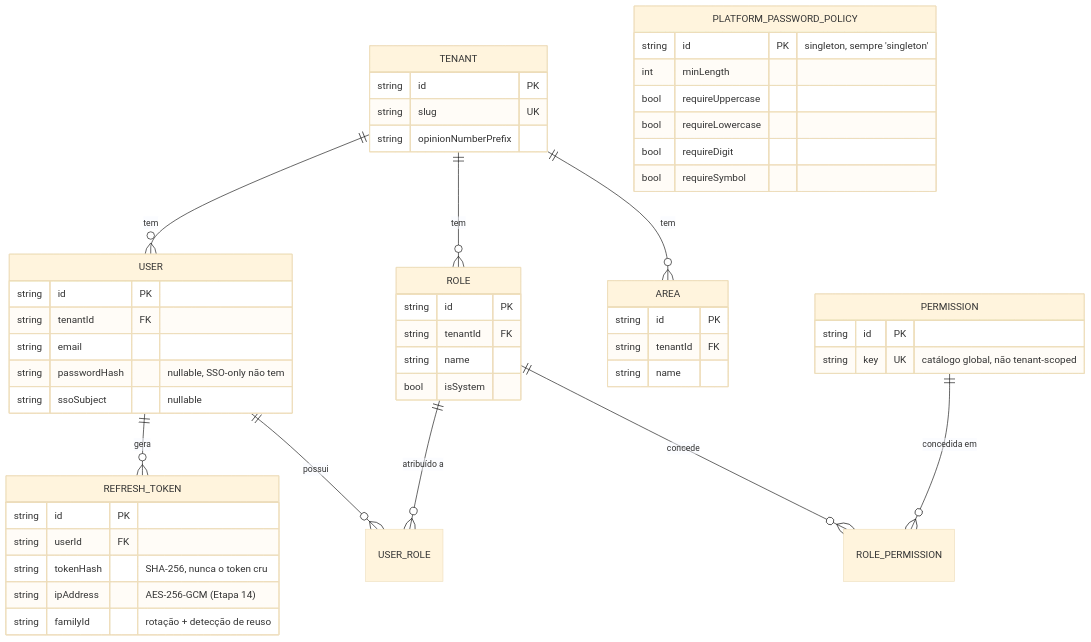
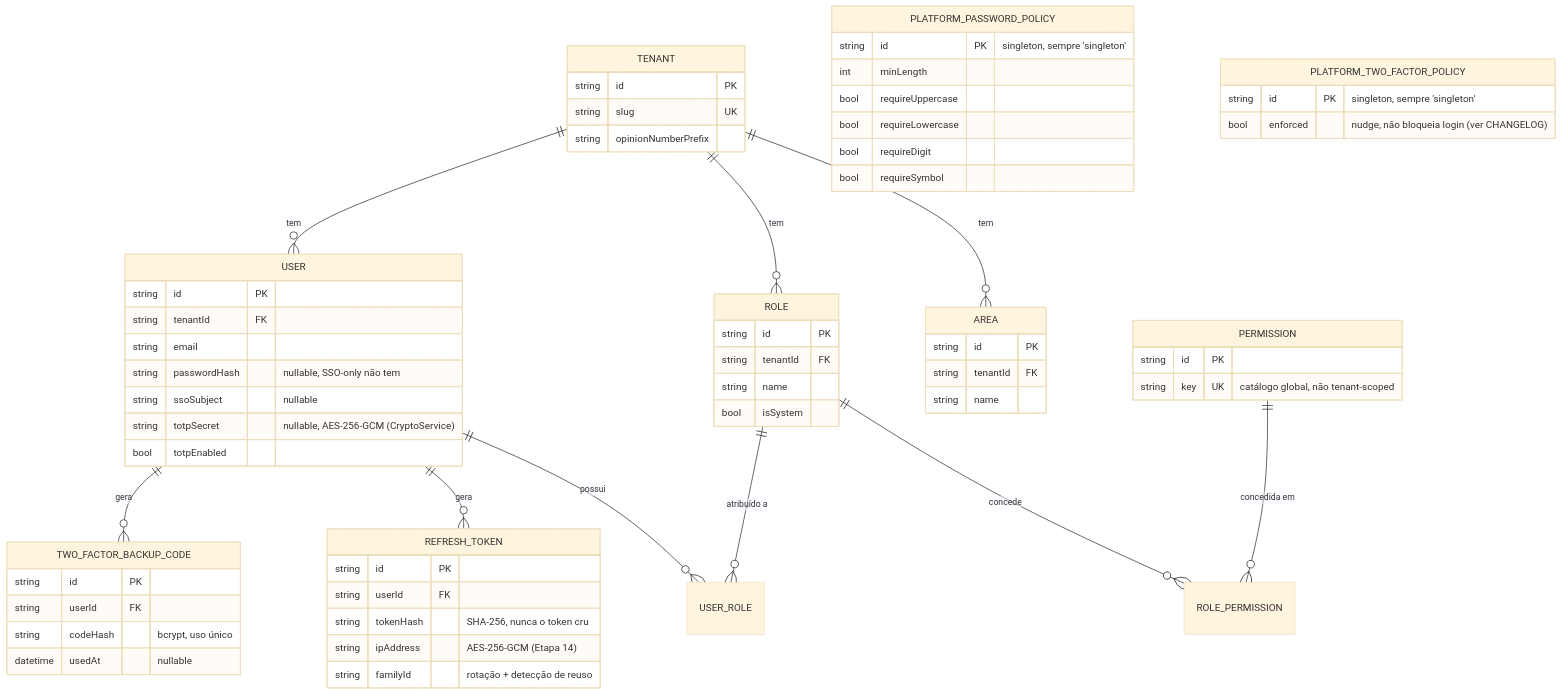
The first of 7 diagrams in docs/architecture.md (domcabral9/morpheus-beta), drawn with Mermaid (base theme) before and after one commit. The commit also changed other lines of this file and 6 other files, not shown here.

First line of the commit message:
feat(auth): 2FA (TOTP) - Fase 1: schema + config

````diff
--- a/docs/architecture.md
+++ b/docs/architecture.md
@@ -17,54 +17,67 @@
 ```mermaid
 erDiagram
     TENANT ||--o{ AREA : tem
     TENANT ||--o{ ROLE : tem
     TENANT ||--o{ USER : tem
     ROLE ||--o{ ROLE_PERMISSION : concede
     PERMISSION ||--o{ ROLE_PERMISSION : "concedida em"
     USER ||--o{ USER_ROLE : possui
     ROLE ||--o{ USER_ROLE : "atribuído a"
     USER ||--o{ REFRESH_TOKEN : gera
+    USER ||--o{ TWO_FACTOR_BACKUP_CODE : gera
 
     TENANT {
         string id PK
         string slug UK
         string opinionNumberPrefix
     }
     AREA {
         string id PK
         string tenantId FK
         string name
     }
     PERMISSION {
         string id PK
         string key UK "catálogo global, não tenant-scoped"
     }
     ROLE {
         string id PK
         string tenantId FK
         string name
         bool isSystem
     }
     USER {
         string id PK
         string tenantId FK
         string email
         string passwordHash "nullable, SSO-only não tem"
         string ssoSubject "nullable"
+        string totpSecret "nullable, AES-256-GCM (CryptoService)"
+        bool totpEnabled
     }
     REFRESH_TOKEN {
         string id PK
         string userId FK
         string tokenHash "SHA-256, nunca o token cru"
         string ipAddress "AES-256-GCM (Etapa 14)"
         string familyId "rotação + detecção de reuso"
+    }
+    TWO_FACTOR_BACKUP_CODE {
+        string id PK
+        string userId FK
+        string codeHash "bcrypt, uso único"
+        datetime usedAt "nullable"
     }
     PLATFORM_PASSWORD_POLICY {
         string id PK "singleton, sempre 'singleton'"
         int minLength
         bool requireUppercase
         bool requireLowercase
         bool requireDigit
         bool requireSymbol
     }
+    PLATFORM_TWO_FACTOR_POLICY {
+        string id PK "singleton, sempre 'singleton'"
+        bool enforced "nudge, não bloqueia login (ver CHANGELOG)"
+    }
 ```
````
